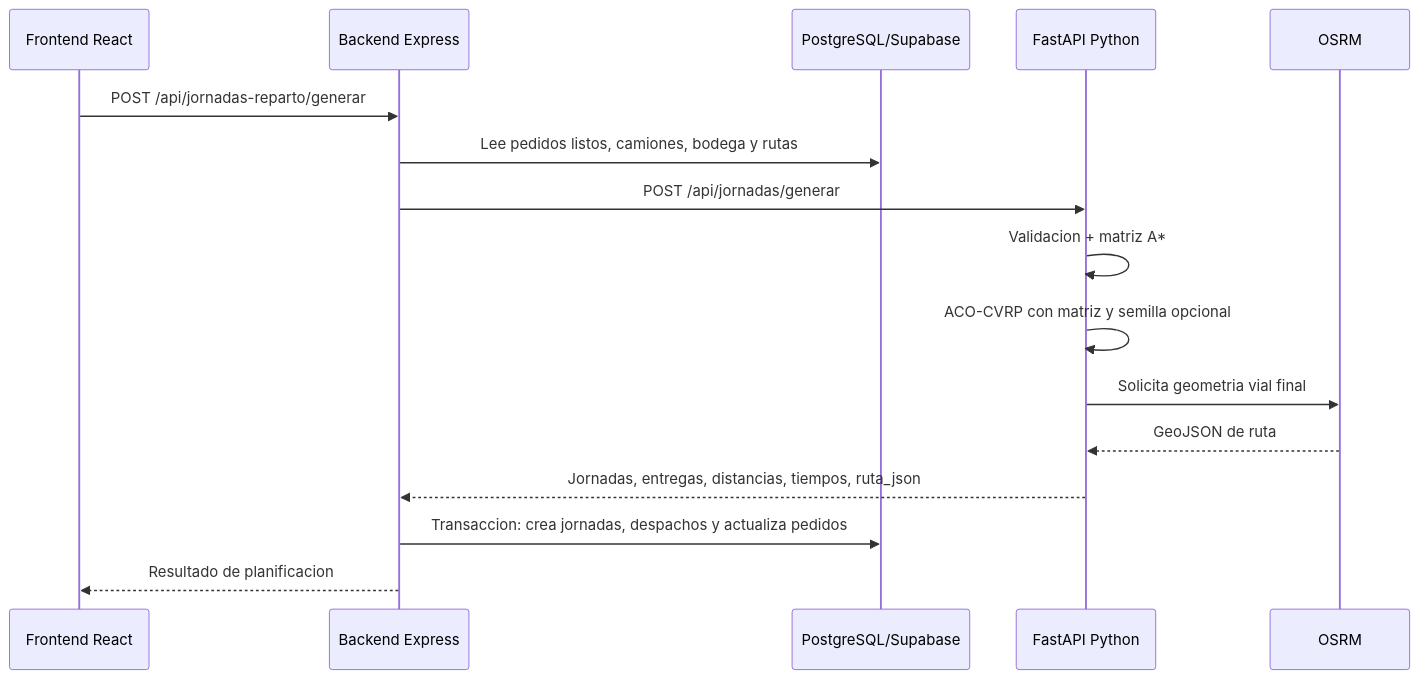
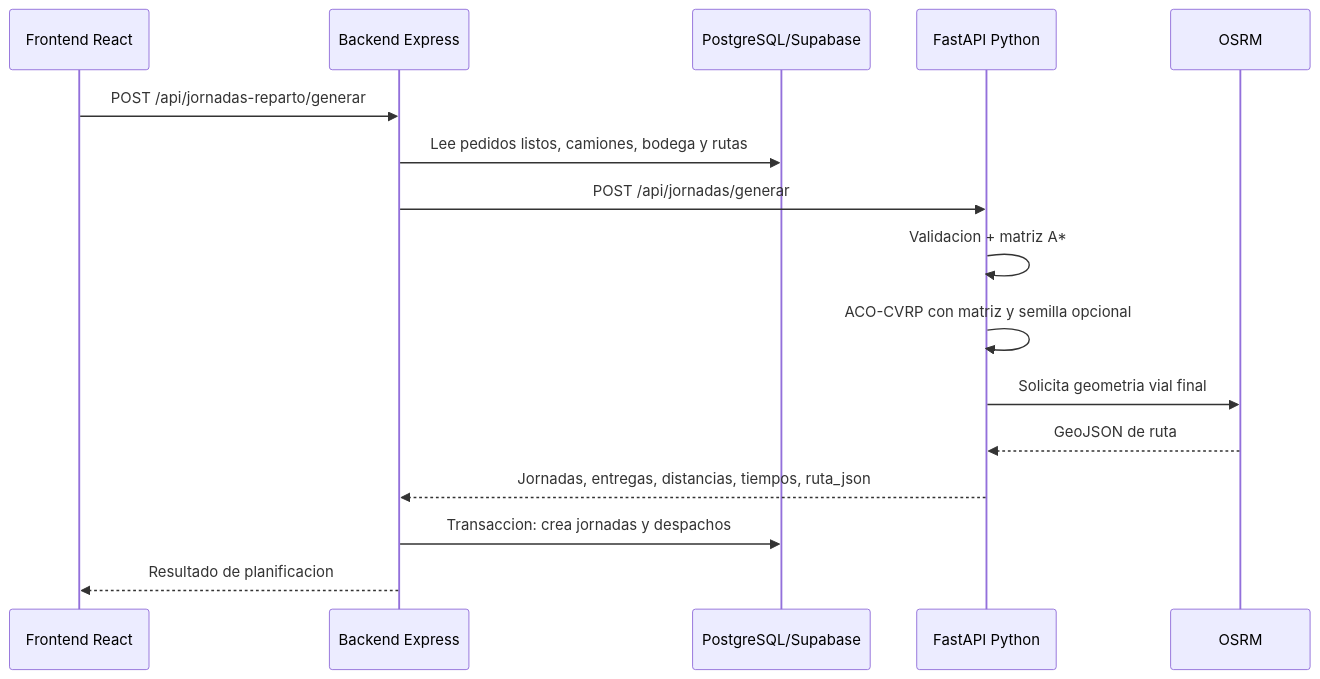
Before and after one commit to gabriel23mz/techsupply-scm: the second of 2 diagrams in docs/02-arquitectura-general.md, drawn with Mermaid. The commit also changed other lines of this file and 66 other files, not shown here.

````diff
--- a/docs/02-arquitectura-general.md
+++ b/docs/02-arquitectura-general.md
@@ -113,19 +115,19 @@
 ```mermaid
 sequenceDiagram
   participant FE as Frontend React
   participant BE as Backend Express
   participant DB as PostgreSQL/Supabase
   participant PY as FastAPI Python
   participant OS as OSRM
 
   FE->>BE: POST /api/jornadas-reparto/generar
   BE->>DB: Lee pedidos listos, camiones, bodega y rutas
   BE->>PY: POST /api/jornadas/generar
   PY->>PY: Validacion + matriz A*
   PY->>PY: ACO-CVRP con matriz y semilla opcional
   PY->>OS: Solicita geometria vial final
   OS-->>PY: GeoJSON de ruta
   PY-->>BE: Jornadas, entregas, distancias, tiempos, ruta_json
-  BE->>DB: Transaccion: crea jornadas, despachos y actualiza pedidos
+  BE->>DB: Transaccion: crea jornadas y despachos
   BE-->>FE: Resultado de planificacion
 ```
````
